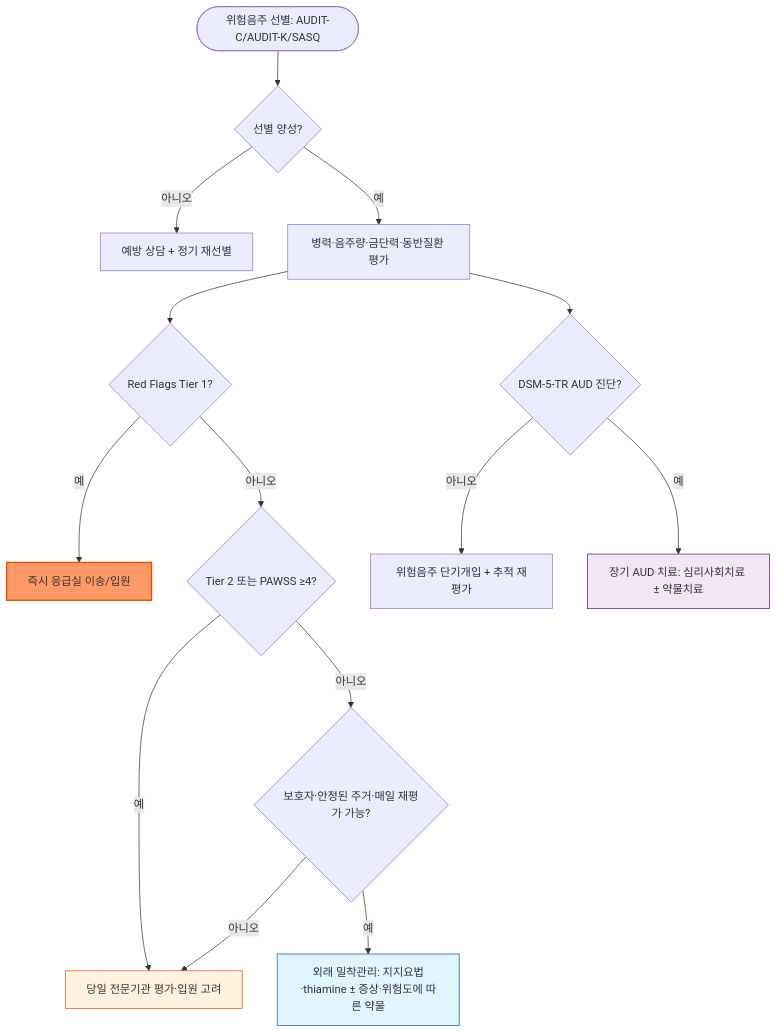
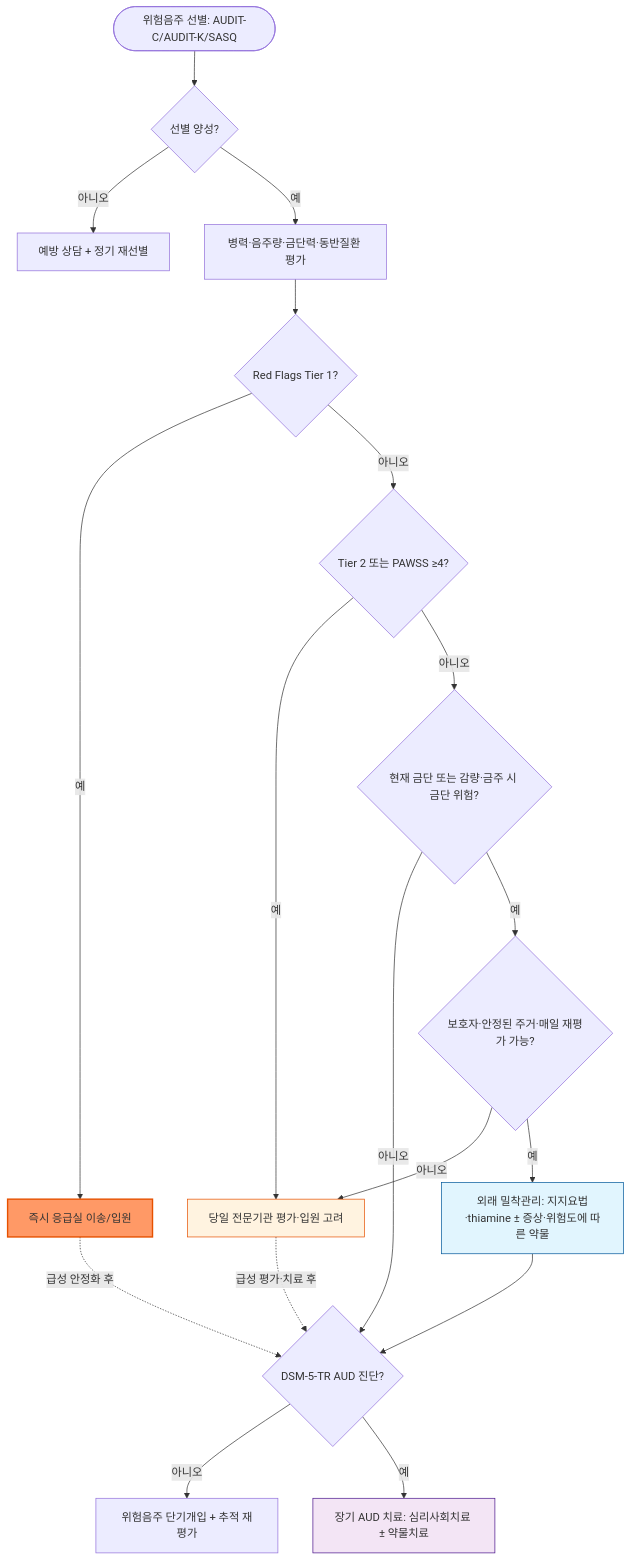
The diagram in 230_/189_-alcohol-use-disorder.md (familyoh77/familyoh77), drawn with Mermaid before and after one commit. The commit also changed other lines of this file and 9 other files, not shown here.

````diff
--- a/230_/189_-alcohol-use-disorder.md
+++ b/230_/189_-alcohol-use-disorder.md
@@ -280,21 +280,25 @@
 ```mermaid
 graph TD
     A(["위험음주 선별: AUDIT-C/AUDIT-K/SASQ"]) --> B{"선별 양성?"}
     B -- 아니오 --> C["예방 상담 + 정기 재선별"]
     B -- 예 --> D["병력·음주량·금단력·동반질환 평가"]
     D --> E{"Red Flags Tier 1?"}
     E -- 예 --> F["즉시 응급실 이송/입원"]
     E -- 아니오 --> G{"Tier 2 또는 PAWSS ≥4?"}
     G -- 예 --> H["당일 전문기관 평가·입원 고려"]
-    G -- 아니오 --> I{"보호자·안정된 주거·매일 재평가 가능?"}
+    G -- 아니오 --> N{"현재 금단 또는 감량·금주 시 금단 위험?"}
+    N -- 아니오 --> L
+    N -- 예 --> I{"보호자·안정된 주거·매일 재평가 가능?"}
     I -- 아니오 --> H
     I -- 예 --> J["외래 밀착관리: 지지요법·thiamine ± 증상·위험도에 따른 약물"]
-    D --> L{"DSM-5-TR AUD 진단?"}
+    F -. 급성 안정화 후 .-> L{"DSM-5-TR AUD 진단?"}
+    H -. 급성 평가·치료 후 .-> L
+    J --> L
     L -- 아니오 --> M["위험음주 단기개입 + 추적 재평가"]
     L -- 예 --> K["장기 AUD 치료: 심리사회치료 ± 약물치료"]
 
     style F fill:#f96,stroke:#e65100,stroke-width:2px
     style H fill:#fff3e0,stroke:#e65100
     style J fill:#e1f5fe,stroke:#01579b
     style K fill:#f3e5f5,stroke:#4a148c
 ```
````
